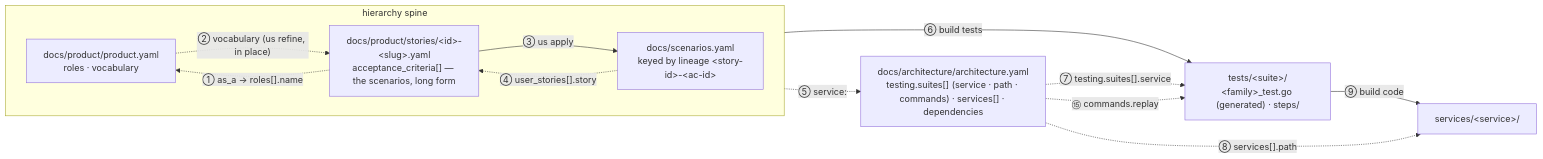
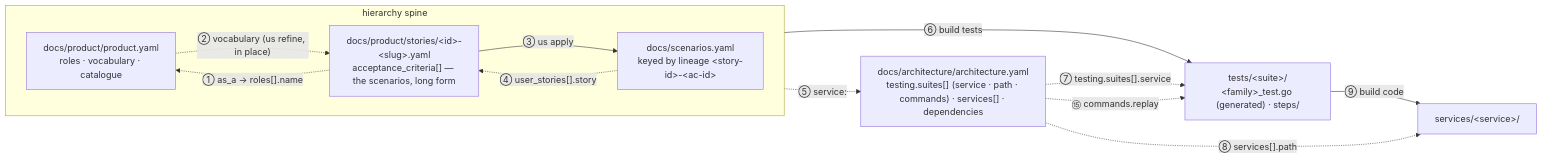
One commit to ondatra-ai/true-bdd changed the diagram in docs/doc-universe.md. Above: the diagram before and after it, drawn with Mermaid. The commit also changed other lines of this file and 6 other files, not shown here.

First line of the commit message:
docs: the product document's catalogue replaces `vocabulary.actions` (#135)

````diff
--- a/docs/doc-universe.md
+++ b/docs/doc-universe.md
@@ -85,25 +86,25 @@
 ```mermaid
 flowchart LR
   subgraph spine["hierarchy spine"]
     direction LR
-    PRODUCT["docs/product/product.yaml<br/>roles · vocabulary"]
+    PRODUCT["docs/product/product.yaml<br/>roles · vocabulary · catalogue"]
     STORY["docs/product/stories/&lt;id&gt;-&lt;slug&gt;.yaml<br/>acceptance_criteria[] — the scenarios, long form"]
     REG["docs/scenarios.yaml<br/>keyed by lineage &lt;story-id&gt;-&lt;ac-id&gt;"]
     STORY -- "③ us apply" --> REG
   end
 
   STORY -. "① as_a → roles[].name" .-> PRODUCT
   PRODUCT -. "② vocabulary (us refine, in place)" .-> STORY
   REG -. "④ user_stories[].story" .-> STORY
 
   ARCH["docs/architecture/architecture.yaml<br/>testing.suites[] (service · path · commands) · services[] · dependencies"]
   TESTS["tests/&lt;suite&gt;/<br/>&lt;family&gt;_test.go (generated) · steps/"]
   SRC["services/&lt;service&gt;/"]
 
   REG -- "⑥ build tests" --> TESTS
   TESTS -- "⑨ build code" --> SRC
   REG -. "⑤ service:" .-> ARCH
   ARCH -. "⑦ testing.suites[].service" .-> TESTS
   ARCH -. "⑮ commands.replay" .-> TESTS
   ARCH -. "⑧ services[].path" .-> SRC
 ```
````
